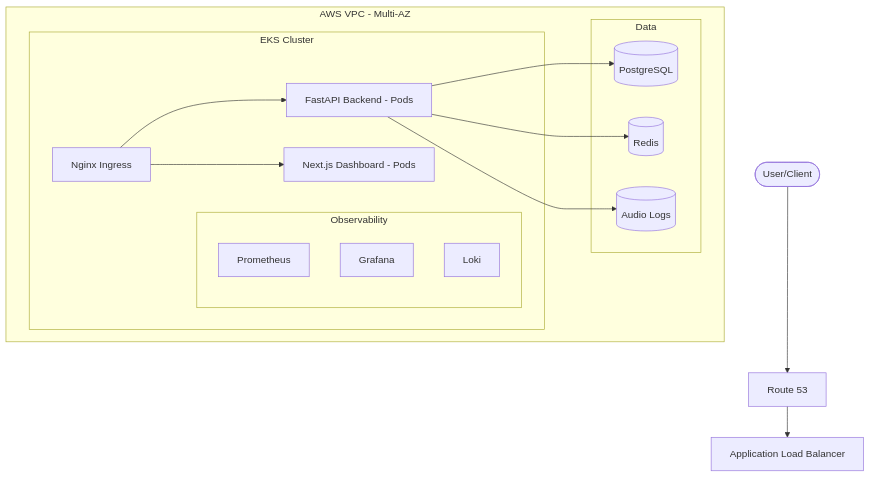
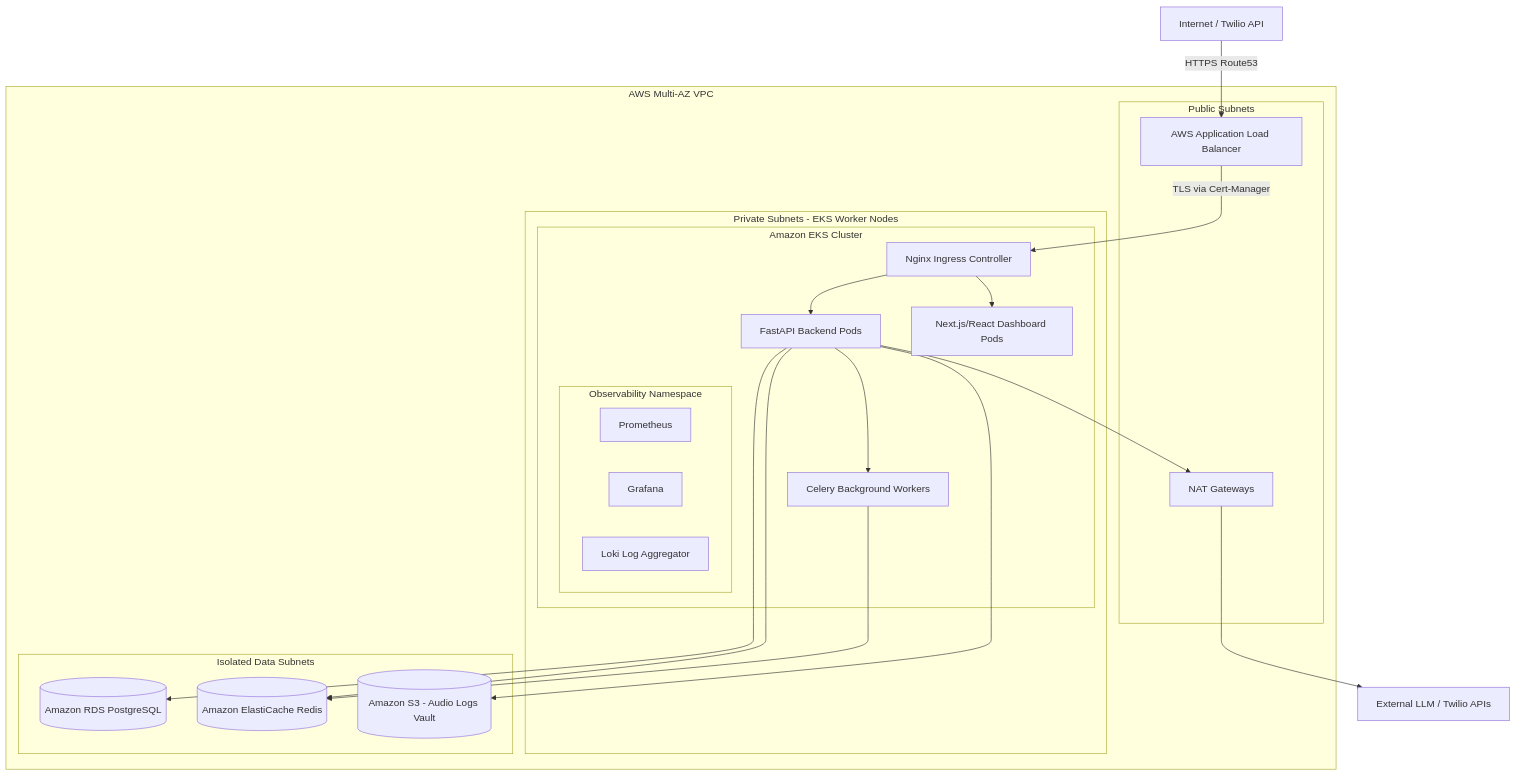
Before and after one commit to sanjanamahajan2001-sys/AI-Voice-Infrastructure-Platform: the first of 2 diagrams in README.md, drawn with Mermaid. The commit also changed other lines of this file, not shown here.

Commit message:
docs: align infrastructure diagrams and link sister application repository

````diff
--- a/README.md
+++ b/README.md
@@ -35,28 +46,38 @@
 ```mermaid
 graph TD
-    User([User/Client]) --> Route53[Route 53]
-    Route53 --> ALB[Application Load Balancer]
+    Internet[Internet / Twilio API] -->|HTTPS Route53| ALB[AWS Application Load Balancer]
     
-    subgraph AWS_VPC [AWS VPC - Multi-AZ]
-        subgraph EKS_Cluster [EKS Cluster]
-            Nginx[Nginx Ingress] --> Backend[FastAPI Backend - Pods]
-            Nginx --> Frontend[Next.js Dashboard - Pods]
-            
-            subgraph Monitoring [Observability]
-                Prom[Prometheus]
-                Graf[Grafana]
-                Loki[Loki]
+    subgraph VPC [AWS Multi-AZ VPC]
+        subgraph PublicSubnet [Public Subnets]
+            ALB
+            NAT[NAT Gateways]
+        end
+        
+        subgraph PrivateSubnet [Private Subnets - EKS Worker Nodes]
+            subgraph EKSCluster [Amazon EKS Cluster]
+                Nginx[Nginx Ingress Controller] --> BackendPods[FastAPI Backend Pods]
+                Nginx --> FrontendPods[Next.js/React Dashboard Pods]
+                BackendPods --> CeleryWorkers[Celery Background Workers]
+                
+                subgraph Observability [Observability Namespace]
+                    Prom[Prometheus]
+                    Graf[Grafana]
+                    Loki[Loki Log Aggregator]
+                end
             end
         end
         
-        subgraph Data_Layer [Data]
-            RDS[(PostgreSQL)]
-            Redis[(Redis)]
-            S3[(Audio Logs)]
+        subgraph IsolatedSubnet [Isolated Data Subnets]
+            RDS[(Amazon RDS PostgreSQL)]
+            Redis[(Amazon ElastiCache Redis)]
+            S3[(Amazon S3 - Audio Logs Vault)]
         end
     end
     
-    Backend --> RDS
-    Backend --> Redis
-    Backend --> S3
+    ALB -->|TLS via Cert-Manager| Nginx
+    BackendPods --> RDS
+    BackendPods --> Redis
+    BackendPods --> S3
+    CeleryWorkers --> Redis
+    BackendPods --> NAT --> ExternalLLM[External LLM / Twilio APIs]
 ```
````
